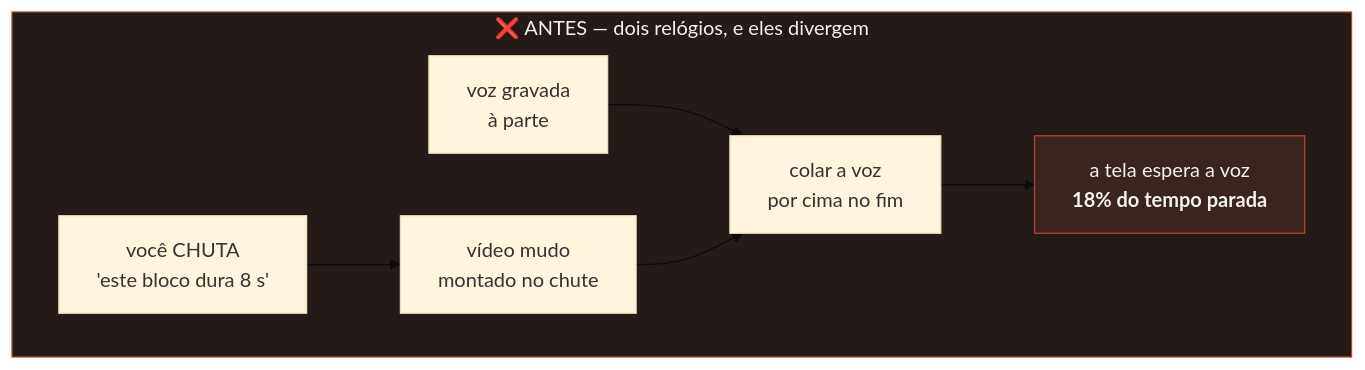
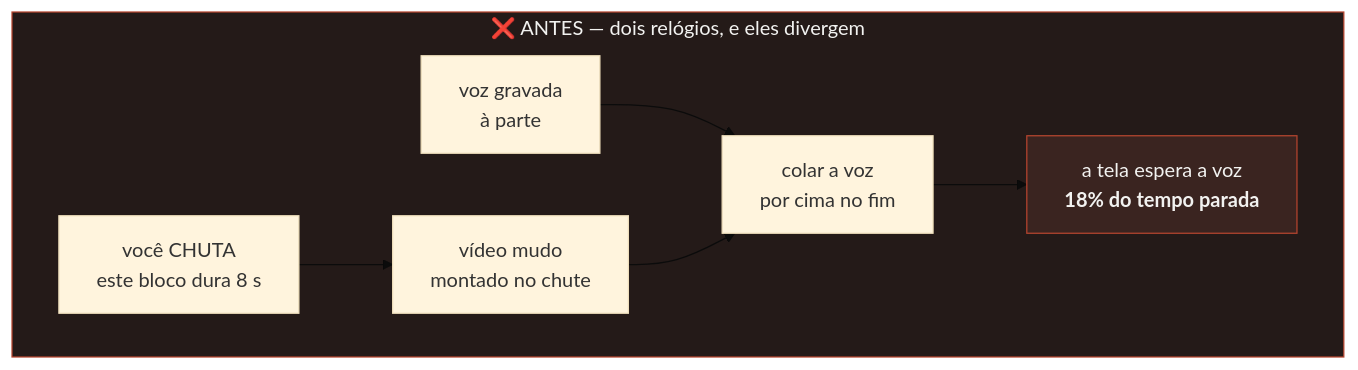
The first of 4 diagrams in docs/01-como-funciona.md (claudiogpt/motor-de-canal), drawn with Mermaid (base theme) before and after one commit. The commit also changed 7 other files, not shown here.

````diff
--- a/docs/01-como-funciona.md
+++ b/docs/01-como-funciona.md
@@ -121,12 +121,12 @@
 ```mermaid
 flowchart TD
     subgraph ANTES["❌ ANTES — dois relógios, e eles divergem"]
         direction LR
-        A1["você CHUTA<br/>'este bloco dura 8 s'"] --> A2["vídeo mudo<br/>montado no chute"]
+        A1["você CHUTA<br/>este bloco dura 8 s"] --> A2["vídeo mudo<br/>montado no chute"]
         A3["voz gravada<br/>à parte"] --> A4["colar a voz<br/>por cima no fim"]
         A2 --> A4
         A4 --> A5["a tela espera a voz<br/><b>18% do tempo parada</b>"]
     end
     style ANTES fill:#241a18,stroke:#B5452F,color:#F2F2F0
     style A5 fill:#3a2420,stroke:#B5452F,color:#F2F2F0
 ```
````
